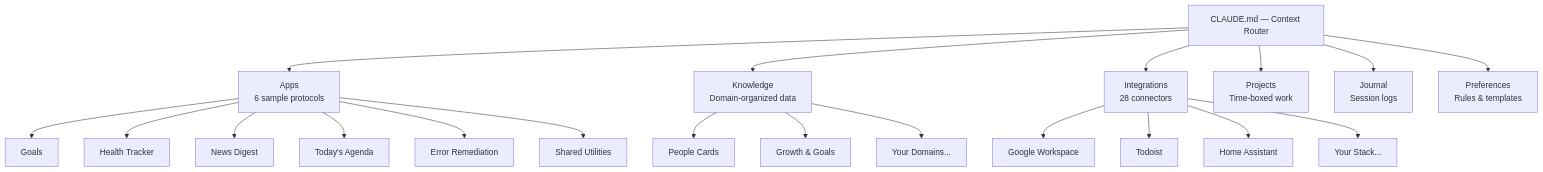
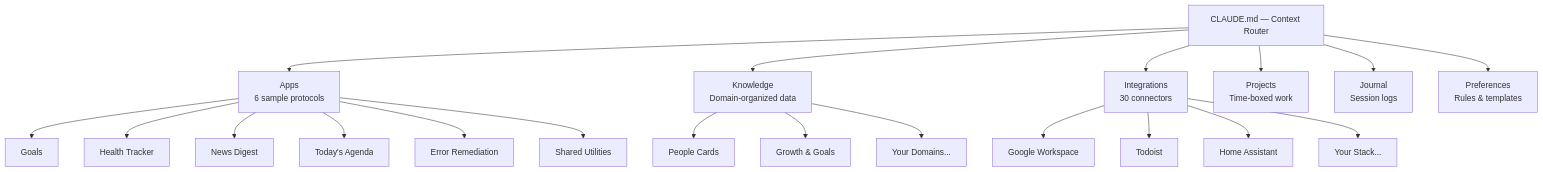
The diagram in README.md (Ashkaan/contextium), drawn with Mermaid before and after one commit. The commit also changed other lines of this file and 25 other files, not shown here.

````diff
--- a/README.md
+++ b/README.md
@@ -83,27 +83,27 @@
 ```mermaid
 graph TD
     Router["CLAUDE.md — Context Router"]
 
     Router --> Apps["Apps<br/>6 sample protocols"]
     Router --> Knowledge["Knowledge<br/>Domain-organized data"]
-    Router --> Integrations["Integrations<br/>28 connectors"]
+    Router --> Integrations["Integrations<br/>30 connectors"]
     Router --> Projects["Projects<br/>Time-boxed work"]
     Router --> Journal["Journal<br/>Session logs"]
     Router --> Preferences["Preferences<br/>Rules & templates"]
 
     Apps --> A1["Goals"]
     Apps --> A2["Health Tracker"]
     Apps --> A3["News Digest"]
     Apps --> A4["Today's Agenda"]
     Apps --> A5["Error Remediation"]
     Apps --> A6["Shared Utilities"]
 
     Knowledge --> K1["People Cards"]
     Knowledge --> K2["Growth & Goals"]
     Knowledge --> K3["Your Domains..."]
 
     Integrations --> I1["Google Workspace"]
     Integrations --> I2["Todoist"]
     Integrations --> I3["Home Assistant"]
     Integrations --> I4["Your Stack..."]
 ```
````
